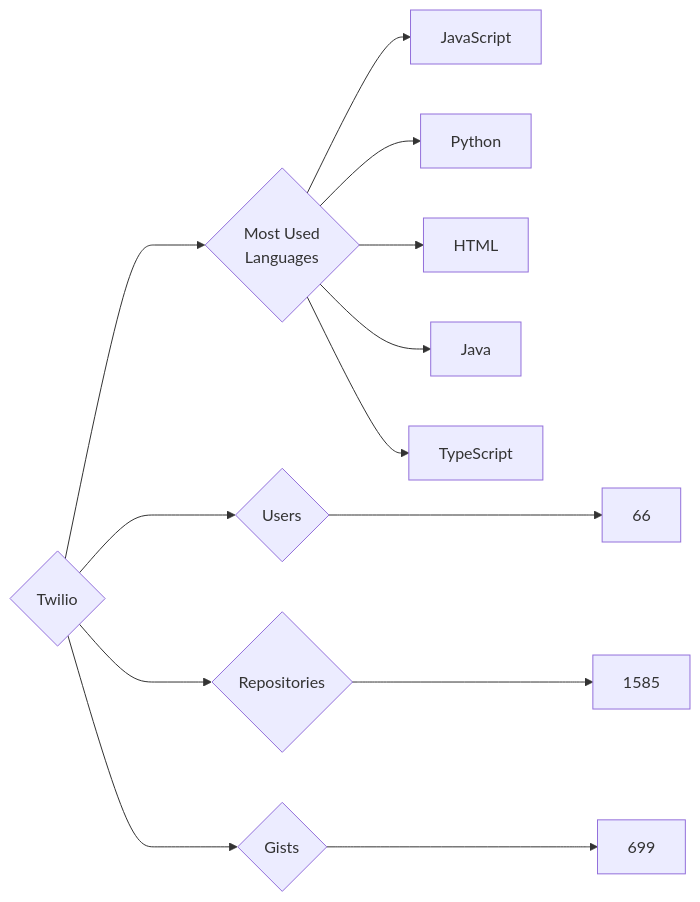
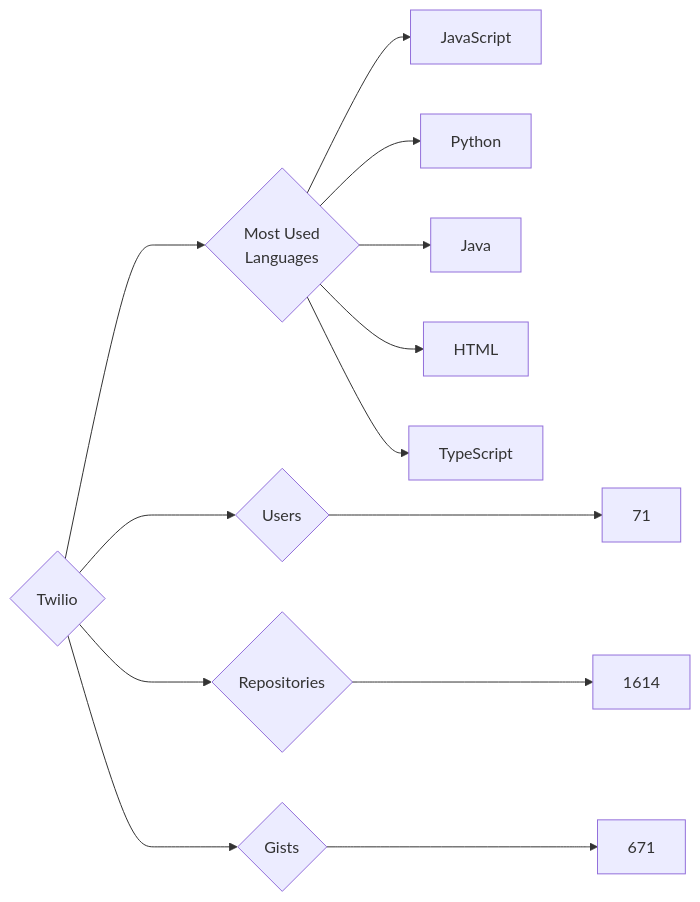
One commit to trickest/insiders changed the diagram in targets/Twilio/README.md. Above: the diagram before and after it, drawn with Mermaid. The commit also changed 1011 other files, not shown here.

````diff
--- a/targets/Twilio/README.md
+++ b/targets/Twilio/README.md
@@ -3,13 +3,13 @@
 ```mermaid
 graph LR
 COMPANY_NAME{Twilio}
-COMPANY_NAME ---> U{Users} ---> UN[66]
-COMPANY_NAME ---> R{Repositories} ---> RN[1585]
-COMPANY_NAME ---> G{Gists} ---> GN[699]
+COMPANY_NAME ---> U{Users} ---> UN[71]
+COMPANY_NAME ---> R{Repositories} ---> RN[1614]
+COMPANY_NAME ---> G{Gists} ---> GN[671]
 COMPANY_NAME ---> ML{Most Used<br>Languages}
 ML --> JavaScript[JavaScript]
 ML --> Python[Python]
+ML --> Java[Java]
 ML --> HTML[HTML]
-ML --> Java[Java]
 ML --> TypeScript[TypeScript]
 ```
````
